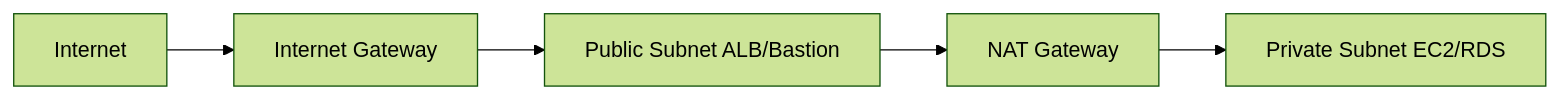
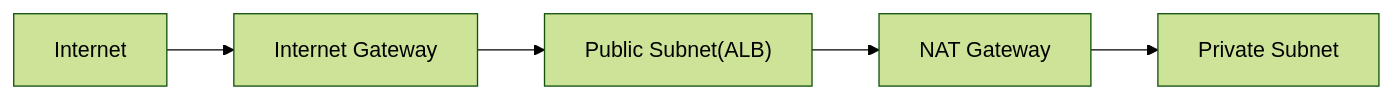
The second of 9 diagrams in _posts/cloud/2026-05-03-aws-core-services.md (yjkim2015/yjkim2015.github.io), drawn with Mermaid (forest theme) before and after one commit. The commit also changed other lines of this file and 245 other files, not shown here.

First line of the commit message:
Mermaid 다이어그램 전면 수정 + 면접 포인트 접기/펼치기 + DB 데드락 페이지

````diff
--- a/_posts/cloud/2026-05-03-aws-core-services.md
+++ b/_posts/cloud/2026-05-03-aws-core-services.md
@@ -50,7 +50,7 @@
 ```mermaid
 graph LR
     I[Internet] --> IGW[Internet Gateway]
-    IGW --> PS[Public Subnet ALB/Bastion]
+    IGW --> PS["Public Subnet(ALB)"]
     PS --> NGW[NAT Gateway]
-    NGW --> PVS[Private Subnet EC2/RDS]
+    NGW --> PVS["Private Subnet"]
 ```
````
